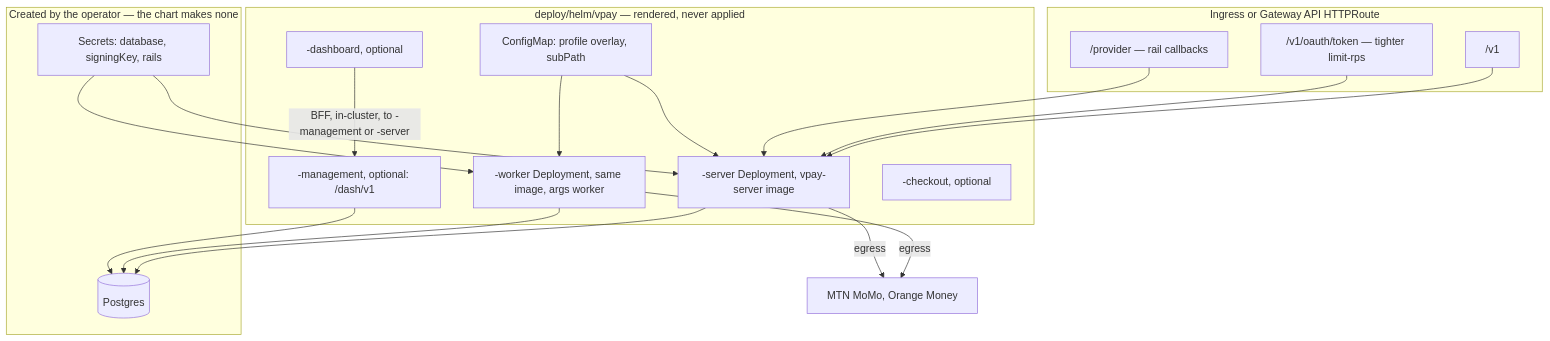
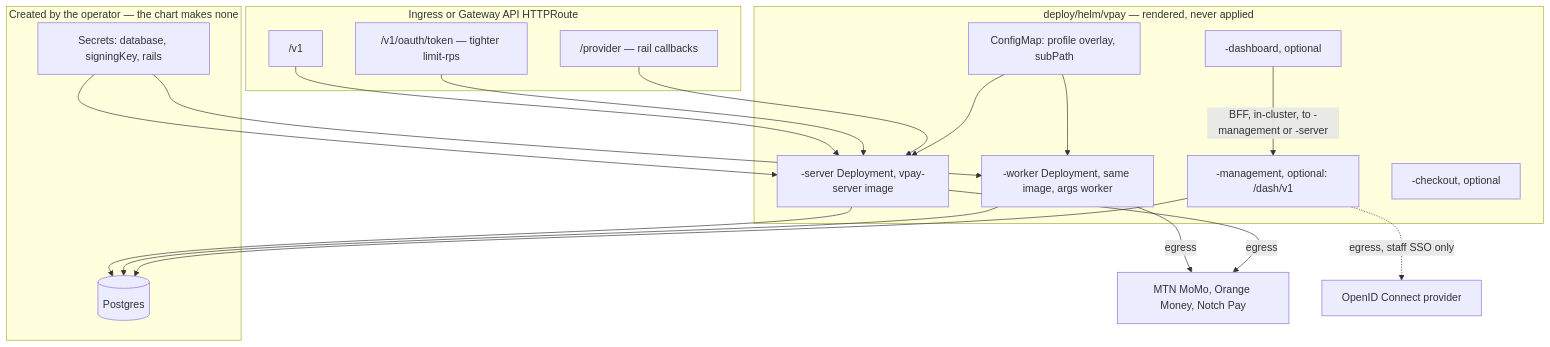
One commit to vaam-apps/vpay-docs changed the first of 3 diagrams in docs/operate/deployment.md. Above: the diagram before and after it, drawn with Mermaid. The commit also changed other lines of this file and 36 other files, not shown here.

````diff
--- a/docs/operate/deployment.md
+++ b/docs/operate/deployment.md
@@ -69,33 +78,34 @@
 ```mermaid
 flowchart TD
   subgraph edge["Ingress or Gateway API HTTPRoute"]
     V1["/v1"]
     TOK["/v1/oauth/token — tighter limit-rps"]
     PRV["/provider — rail callbacks"]
   end
   subgraph chart["deploy/helm/vpay — rendered, never applied"]
     SRV["-server Deployment, vpay-server image"]
     WRK["-worker Deployment, same image, args worker"]
     MGT["-management, optional: /dash/v1"]
     CHK["-checkout, optional"]
     DSH["-dashboard, optional"]
     CM["ConfigMap: profile overlay, subPath"]
   end
   subgraph operator["Created by the operator — the chart makes none"]
     SEC["Secrets: database, signingKey, rails"]
     PG[("Postgres")]
   end
   V1 --> SRV
   TOK --> SRV
   PRV --> SRV
   CM --> SRV
   CM --> WRK
   SEC --> SRV
   SEC --> WRK
   SRV --> PG
   WRK --> PG
   MGT --> PG
   DSH -->|"BFF, in-cluster, to -management or -server"| MGT
-  WRK -->|"egress"| RAILS["MTN MoMo, Orange Money"]
+  WRK -->|"egress"| RAILS["MTN MoMo, Orange Money, Notch Pay"]
   SRV -->|"egress"| RAILS
+  MGT -.->|"egress, staff SSO only"| IDP["OpenID Connect provider"]
 ```
````
